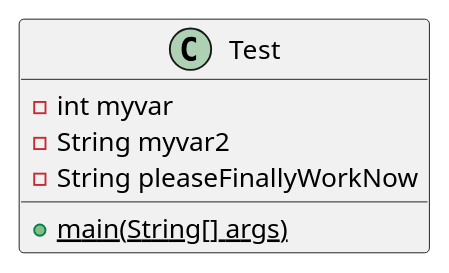
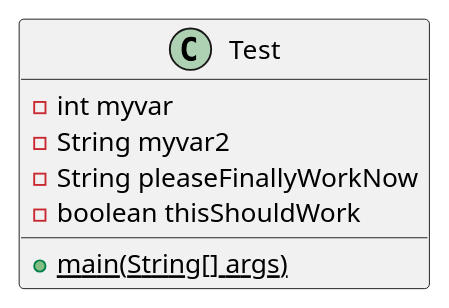
Before and after one commit to andrewdimmer/csi-3370-software-project-config-test: the diagram in docs/uml/test.puml, drawn with PlantUML.

```diff
--- a/docs/uml/test.puml
+++ b/docs/uml/test.puml
@@ -1,10 +1,11 @@
 @startuml test
 
 class Test {
     - int myvar
     - String myvar2
     - String pleaseFinallyWorkNow
+    - boolean thisShouldWork
     {static} + main(String[] args)
 }
 
 @enduml
```
